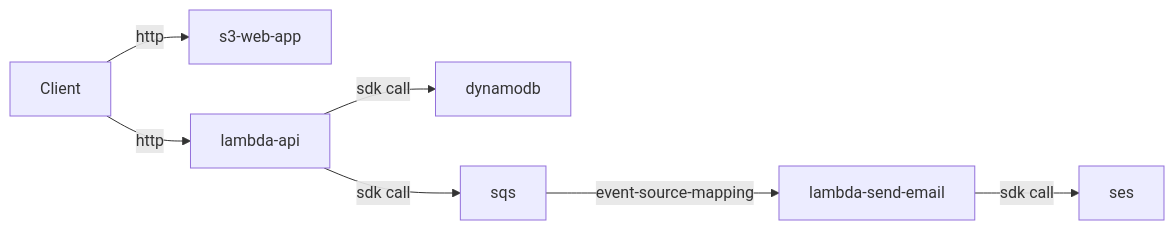
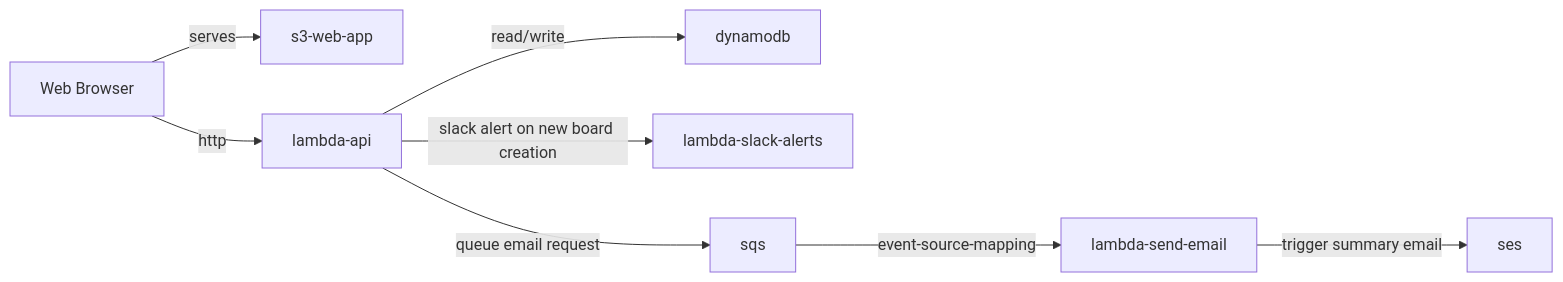
Before and after one commit to stackgen-demo/retroboard: the diagram in README.md, drawn with Mermaid. The commit also changed other lines of this file and 2 other files, not shown here.

````diff
--- a/README.md
+++ b/README.md
@@ -29,10 +15,11 @@
 ```mermaid
 graph LR
-    F[Client] -->|http| G[s3-web-app]
-    F[Client] -->|http| A
-    A[lambda-api] -->|sdk call| B[dynamodb]
-    A -->|sdk call| C[sqs]
+    F[Web Browser] -->|serves| G[s3-web-app]
+    F[Web Browser] -->|http| A
+    A[lambda-api] -->|read/write| B[dynamodb]
+    A[lambda-api] --> |slack alert on new board creation| H[lambda-slack-alerts]
+    A -->|queue email request| C[sqs]
     C -->|event-source-mapping| D[lambda-send-email]
-    D -->|sdk call| E[ses]
+    D -->|trigger summary email| E[ses]
     
 ```
````
